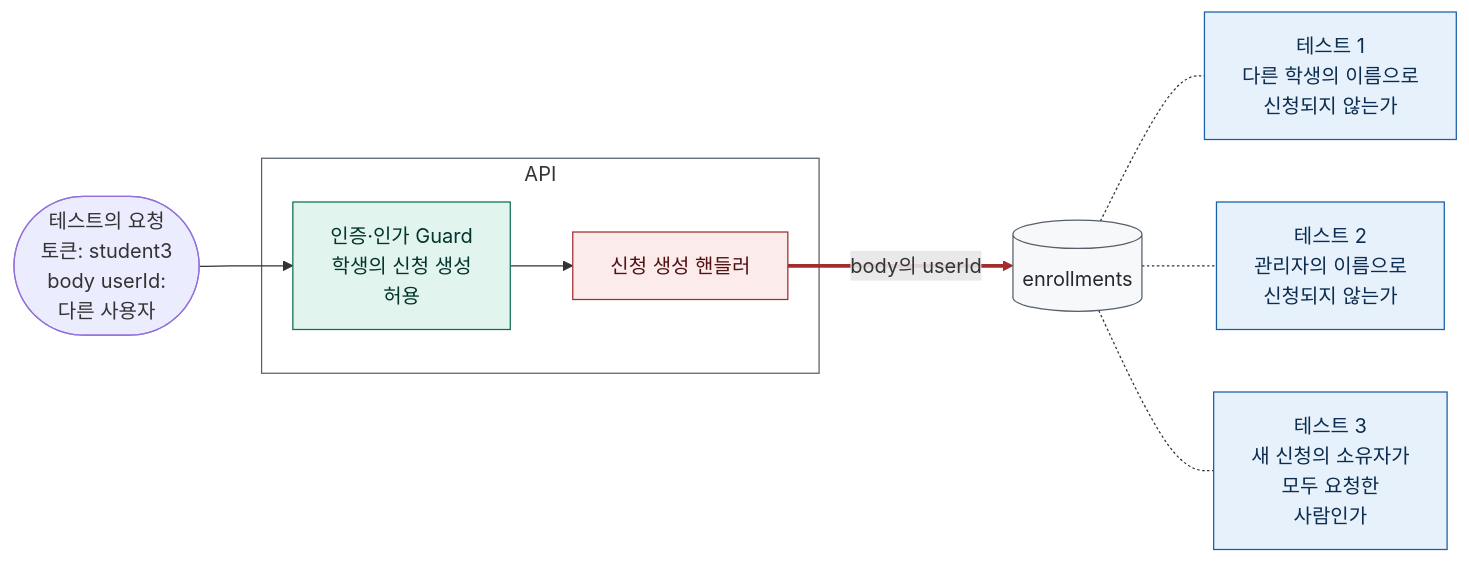
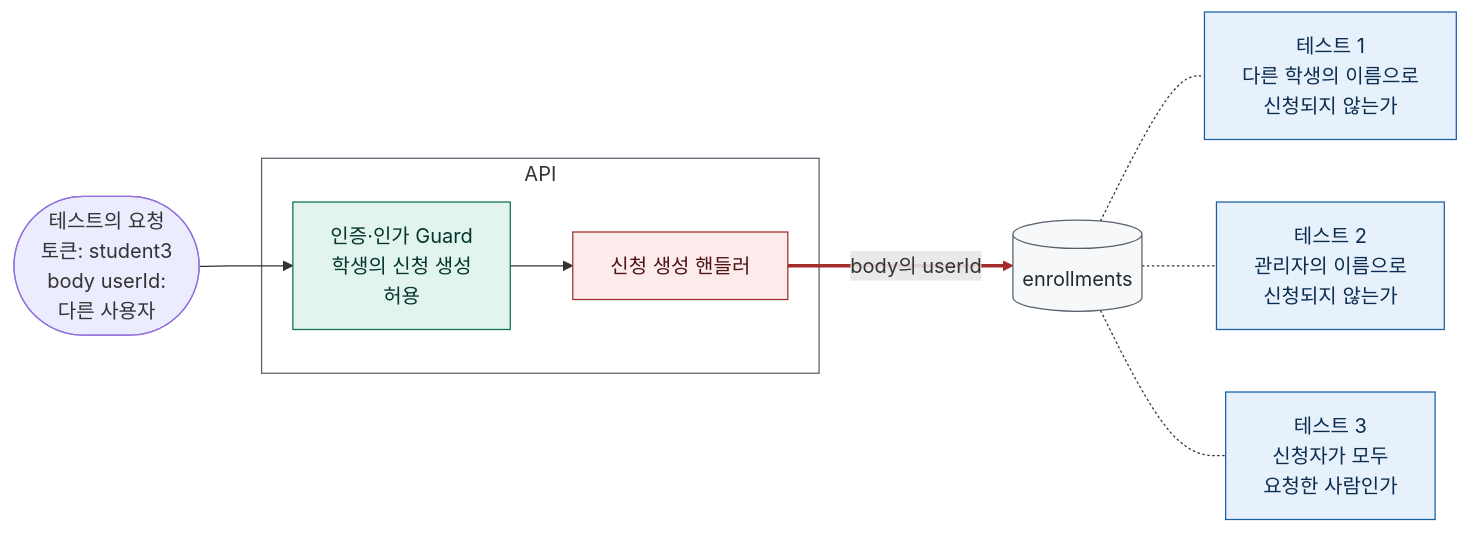
The second of 4 diagrams in docs/diagnosis/defect-8.md (loquemedalagana/secure-enroll-demo), drawn with Mermaid before and after one commit. The commit also changed other lines of this file and 8 other files, not shown here.

````diff
--- a/docs/diagnosis/defect-8.md
+++ b/docs/diagnosis/defect-8.md
@@ -143,29 +143,29 @@
 ```mermaid
 flowchart LR
   req(["테스트의 요청<br/>토큰: student3<br/>body userId:<br/>다른 사용자"])
 
   subgraph api["API"]
     g["인증·인가 Guard<br/>학생의 신청 생성<br/>허용"]
     h["신청 생성 핸들러"]
   end
 
   db[("enrollments")]
 
   req --> g --> h
   h == "body의 userId" ==> db
 
   db -.- t1["테스트 1<br/>다른 학생의 이름으로<br/>신청되지 않는가"]
   db -.- t2["테스트 2<br/>관리자의 이름으로<br/>신청되지 않는가"]
-  db -.- t3["테스트 3<br/>새 신청의 소유자가<br/>모두 요청한<br/>사람인가"]
+  db -.- t3["테스트 3<br/>신청자가 모두<br/>요청한 사람인가"]
 
   classDef safe fill:#E1F5EE,stroke:#0F6E56,color:#04342C
   classDef danger fill:#FCEBEB,stroke:#A32D2D,color:#501313
   classDef neutral fill:#f6f8fa,stroke:#57606a,color:#24292f
   classDef test fill:#E6F1FB,stroke:#185FA5,color:#0C2D50
   class g safe
   class h danger
   class db neutral
   class t1,t2,t3 test
   style api fill:none,stroke:#57606a
   linkStyle 2 stroke:#A32D2D,stroke-width:3px
 ```
````
